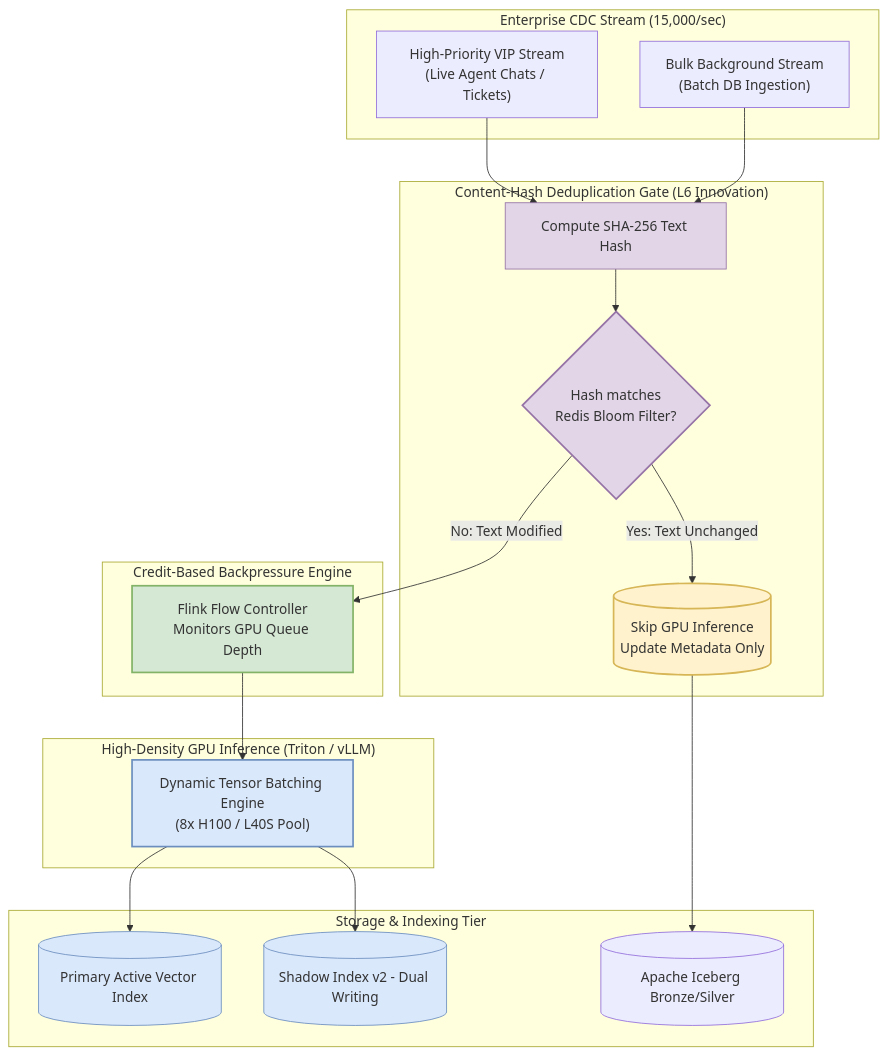
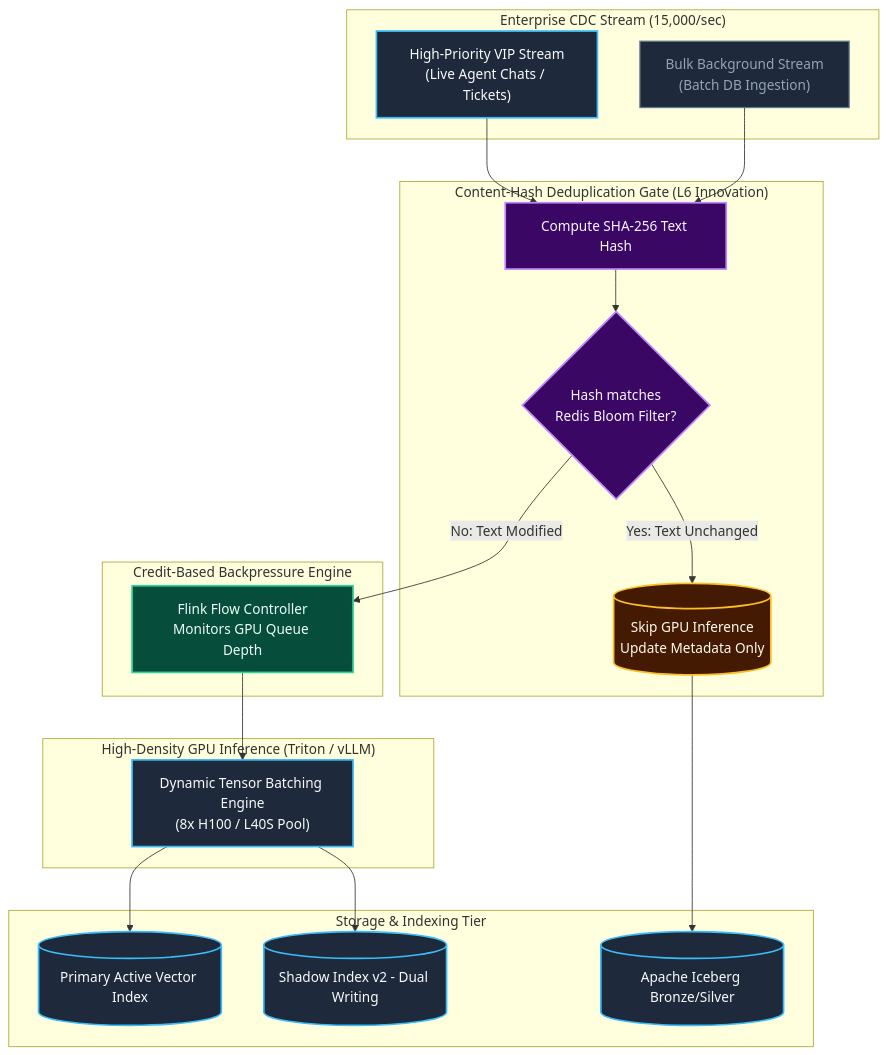
One commit to toanbui626391/data_ai_engineer changed the third of 3 diagrams in questions/05_leveling_deep_dive_ingestion_pipeline.md. Above: the diagram before and after it, drawn with Mermaid. The commit also changed other lines of this file and 1 other file, not shown here.

````diff
--- a/questions/05_leveling_deep_dive_ingestion_pipeline.md
+++ b/questions/05_leveling_deep_dive_ingestion_pipeline.md
@@ -75,47 +80,50 @@
 ```mermaid
 flowchart TD
     subgraph Ingestion ["Enterprise CDC Stream (15,000/sec)"]
         K_VIP["High-Priority VIP Stream<br/>(Live Agent Chats / Tickets)"]
         K_Bulk["Bulk Background Stream<br/>(Batch DB Ingestion)"]
     end
 
     subgraph Gate ["Content-Hash Deduplication Gate (L6 Innovation)"]
         HashCalc["Compute SHA-256 Text Hash"]
         CacheLookup{"Hash matches<br/>Redis Bloom Filter?"}
         Skip[("Skip GPU Inference<br/>Update Metadata Only")]
     end
 
     subgraph FlowControl ["Credit-Based Backpressure Engine"]
         Controller["Flink Flow Controller<br/>Monitors GPU Queue Depth"]
     end
 
     subgraph GPU_Pool ["High-Density GPU Inference (Triton / vLLM)"]
         Triton["Dynamic Tensor Batching Engine<br/>(8x H100 / L40S Pool)"]
     end
 
     subgraph Storage ["Storage & Indexing Tier"]
         V_Active[("Primary Active Vector Index")]
         V_Shadow[("Shadow Index v2 - Dual Writing")]
         Iceberg[("Apache Iceberg Bronze/Silver")]
     end
 
     K_VIP --> HashCalc
     K_Bulk --> HashCalc
     HashCalc --> CacheLookup
 
     CacheLookup -->|"Yes: Text Unchanged"| Skip
     CacheLookup -->|"No: Text Modified"| Controller
 
     Controller --> Triton
     Triton --> V_Active
     Triton --> V_Shadow
     Skip --> Iceberg
 
-    style HashCalc fill:#e1d5e7,stroke:#9673a6,stroke-width:1px
-    style CacheLookup fill:#e1d5e7,stroke:#9673a6,stroke-width:2px
-    style Skip fill:#fff2cc,stroke:#d6b656,stroke-width:2px
-    style Controller fill:#d5e8d4,stroke:#82b366,stroke-width:2px
-    style Triton fill:#dae8fc,stroke:#6c8ebf,stroke-width:2px
-    style V_Active fill:#dae8fc,stroke:#6c8ebf,stroke-width:1px
-    style V_Shadow fill:#dae8fc,stroke:#6c8ebf,stroke-width:1px
+    style K_VIP fill:#1e293b,stroke:#38bdf8,stroke-width:2px,color:#f8fafc
+    style K_Bulk fill:#1e293b,stroke:#64748b,stroke-width:1.5px,color:#94a3b8
+    style HashCalc fill:#3b0764,stroke:#c084fc,stroke-width:2px,color:#faf5ff
+    style CacheLookup fill:#3b0764,stroke:#c084fc,stroke-width:2px,color:#faf5ff
+    style Skip fill:#451a03,stroke:#fbbf24,stroke-width:2px,color:#fffbeb
+    style Controller fill:#064e3b,stroke:#34d399,stroke-width:2px,color:#ecfdf5
+    style Triton fill:#1e293b,stroke:#38bdf8,stroke-width:2px,color:#f8fafc
+    style V_Active fill:#1e293b,stroke:#38bdf8,stroke-width:2px,color:#f8fafc
+    style V_Shadow fill:#1e293b,stroke:#38bdf8,stroke-width:2px,color:#f8fafc
+    style Iceberg fill:#1e293b,stroke:#38bdf8,stroke-width:2px,color:#f8fafc
 ```
````
